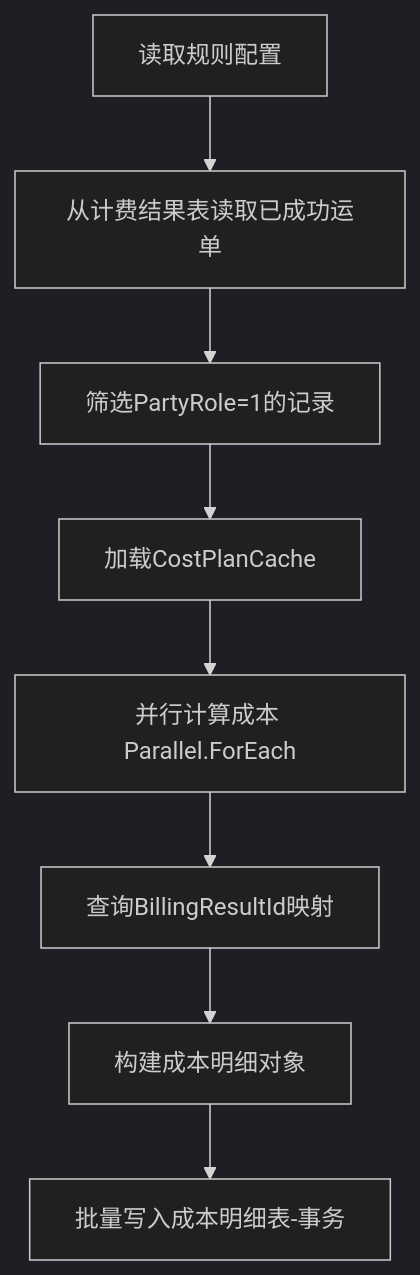
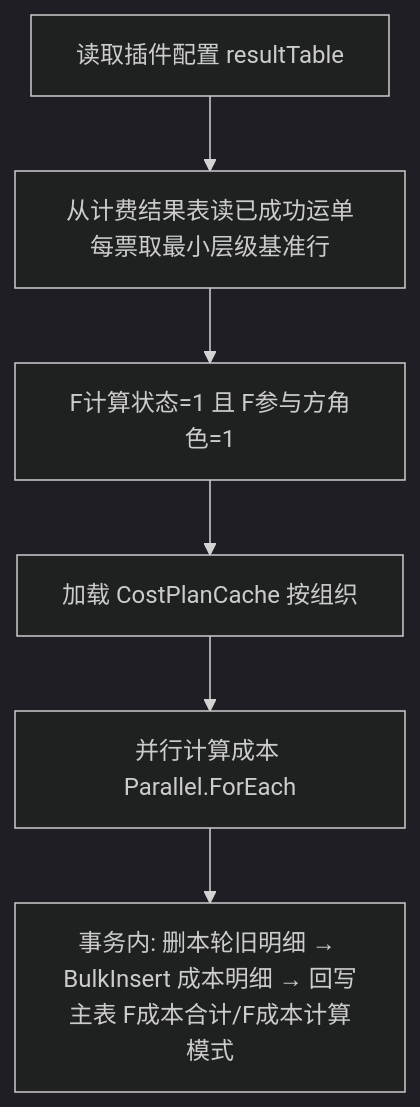
One commit to dunxinjian/STOTOP changed the fourth of 9 diagrams in design/04-express.md. Above: the diagram before and after it, drawn with Mermaid (dark theme). The commit also changed other lines of this file and 21 other files, not shown here.

````diff
--- a/design/04-express.md
+++ b/design/04-express.md
@@ -477,10 +495,8 @@
 ```mermaid
 flowchart TD
-    A[读取规则配置] --> B[从计费结果表读取已成功运单]
-    B --> C[筛选PartyRole=1的记录]
-    C --> D[加载CostPlanCache]
+    A[读取插件配置 resultTable] --> B[从计费结果表读已成功运单每票取最小层级基准行]
+    B --> C[F计算状态=1 且 F参与方角色=1]
+    C --> D[加载 CostPlanCache 按组织]
     D --> E[并行计算成本 Parallel.ForEach]
-    E --> F[查询BillingResultId映射]
-    F --> G[构建成本明细对象]
-    G --> H[批量写入成本明细表-事务]
+    E --> F[事务内: 删本轮旧明细 → BulkInsert 成本明细 → 回写主表 F成本合计/F成本计算模式]
 ```
````
